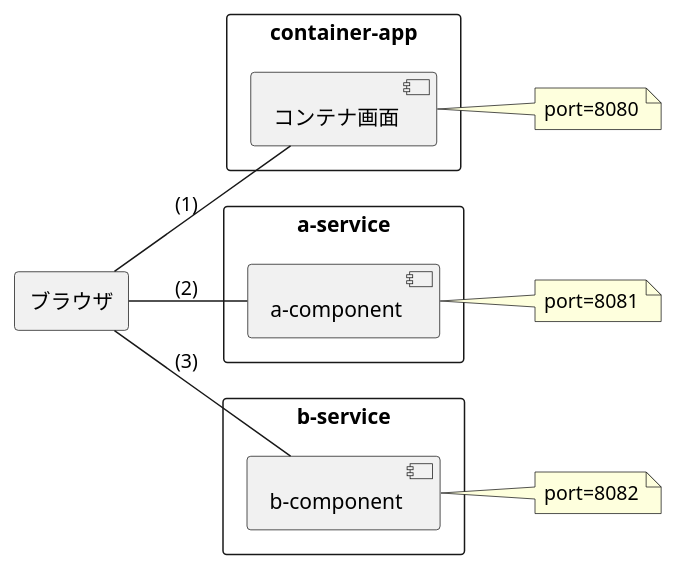
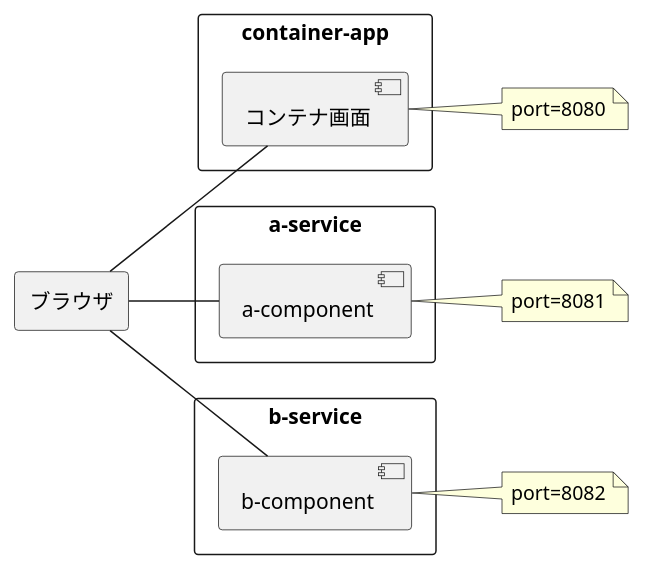
One commit to tmiyajima-sunarch/microfrontend changed the first of 2 diagrams in images.puml. Above: the diagram before and after it, drawn with PlantUML. The commit also changed other lines of this file and 7 other files, not shown here.

```diff
--- a/images.puml
+++ b/images.puml
@@ -1,24 +1,24 @@
 @startuml 構成図
 left to right direction
 
 rectangle ブラウザ as browser
 
 rectangle container-app as containerApp {
   component コンテナ画面 as containerPage
 }
 note right: port=8080
 
 rectangle a-service as aService {
   component "a-component" as aComponent
 }
 note right: port=8081
 
 rectangle b-service as bService {
   component "b-component" as bComponent
 }
 note right: port=8082
 
-browser -- containerPage : "(1)"
-browser -- aComponent : "(2)"
-browser -- bComponent : "(3)"
+browser -- containerPage
+browser -- aComponent
+browser -- bComponent
 @enduml
```
